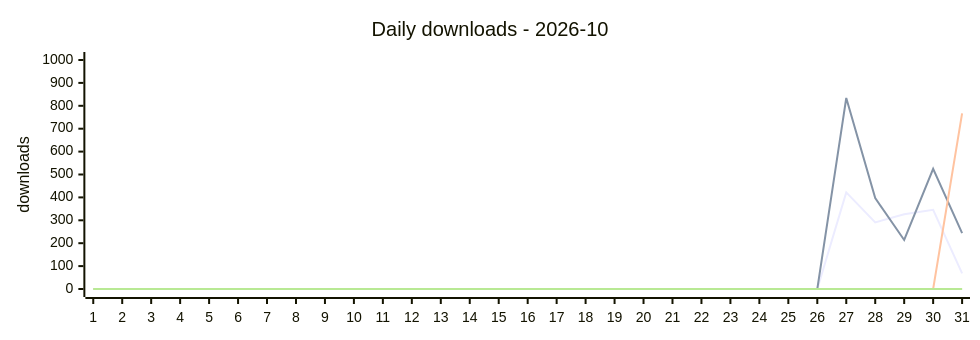
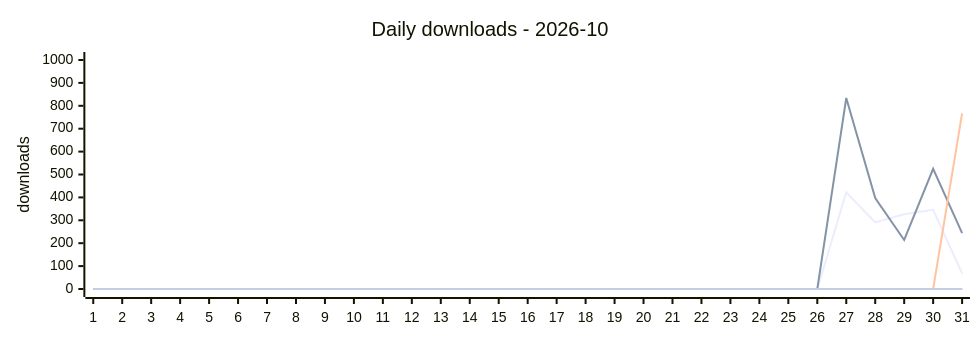
One commit to terry2010/npm-downloads-tracker changed the second of 2 diagrams in DASHBOARD.md. Above: the diagram before and after it, drawn with Mermaid. The commit also changed other lines of this file and 2 other files, not shown here.

````diff
--- a/DASHBOARD.md
+++ b/DASHBOARD.md
@@ -102,12 +102,14 @@
 ```mermaid
 %%{init: {'xyChart': {'width': 960, 'height': 320}}}%%
 xychart-beta
     title "Daily downloads - 2026-10"
     x-axis ["1", "2", "3", "4", "5", "6", "7", "8", "9", "10", "11", "12", "13", "14", "15", "16", "17", "18", "19", "20", "21", "22", "23", "24", "25", "26", "27", "28", "29", "30", "31"]
     y-axis "downloads" 0 --> 1000
     line "dsh-loop-recover" [0, 0, 0, 0, 0, 0, 0, 0, 0, 0, 0, 0, 0, 0, 0, 0, 0, 0, 0, 0, 0, 0, 0, 0, 0, 0, 422, 291, 326, 346, 68]
     line "dsh-rss-news-daily" [0, 0, 0, 0, 0, 0, 0, 0, 0, 0, 0, 0, 0, 0, 0, 0, 0, 0, 0, 0, 0, 0, 0, 0, 0, 0, 834, 397, 214, 525, 244]
     line "opencode-loop-recover" [0, 0, 0, 0, 0, 0, 0, 0, 0, 0, 0, 0, 0, 0, 0, 0, 0, 0, 0, 0, 0, 0, 0, 0, 0, 0, 0, 0, 0, 0, 767]
     line "oc-market-quail-zephyr-72a0" [0, 0, 0, 0, 0, 0, 0, 0, 0, 0, 0, 0, 0, 0, 0, 0, 0, 0, 0, 0, 0, 0, 0, 0, 0, 0, 0, 0, 0, 0, 0]
     line "awesome-opencode-market" [0, 0, 0, 0, 0, 0, 0, 0, 0, 0, 0, 0, 0, 0, 0, 0, 0, 0, 0, 0, 0, 0, 0, 0, 0, 0, 0, 0, 0, 0, 0]
+    line "surfbird" [0, 0, 0, 0, 0, 0, 0, 0, 0, 0, 0, 0, 0, 0, 0, 0, 0, 0, 0, 0, 0, 0, 0, 0, 0, 0, 0, 0, 0, 0, 0]
+    line "surfbird-mcp" [0, 0, 0, 0, 0, 0, 0, 0, 0, 0, 0, 0, 0, 0, 0, 0, 0, 0, 0, 0, 0, 0, 0, 0, 0, 0, 0, 0, 0, 0, 0]
 ```
````
